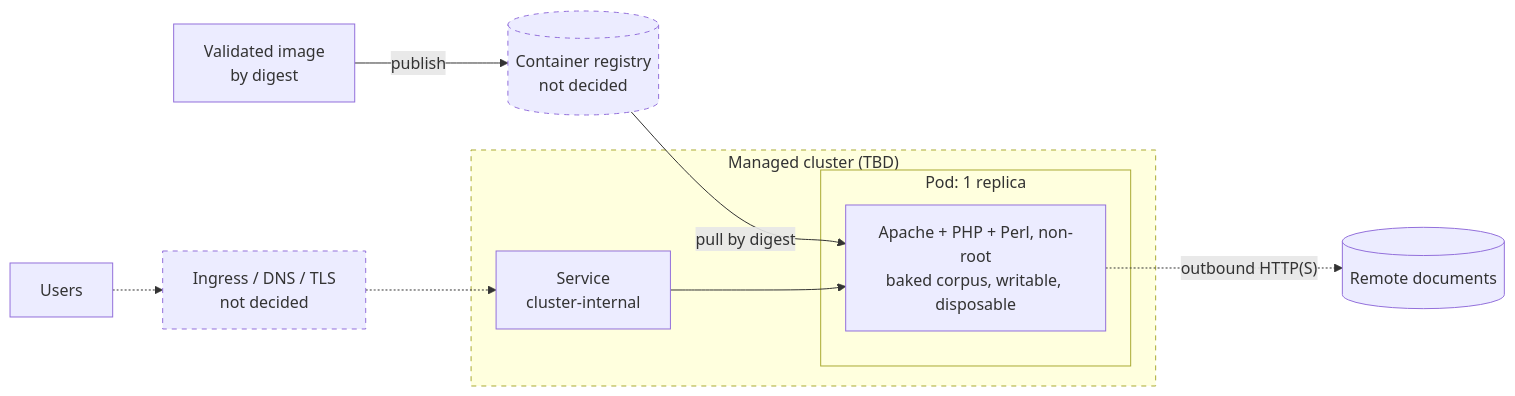
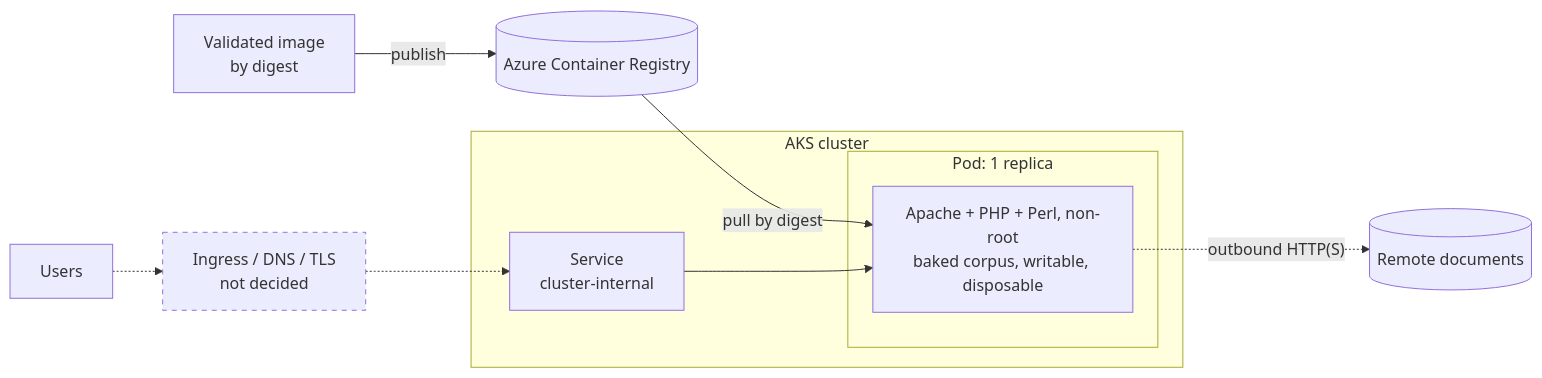
The first of 2 diagrams in infra/managed-kubernetes.md (monkeywidget/Cmacc-Org), drawn with Mermaid before and after one commit. The commit also changed other lines of this file and 2 other files, not shown here.

````diff
--- a/infra/managed-kubernetes.md
+++ b/infra/managed-kubernetes.md
@@ -12,23 +13,23 @@
 ```mermaid
 flowchart LR
   build["Validated image<br/>by digest"]
-  reg[("Container registry<br/>not decided")]
+  reg[("Azure Container Registry")]
   users["Users"]
   entry["Ingress / DNS / TLS<br/>not decided"]
   remote[("Remote documents")]
 
-  subgraph cluster["Managed cluster (TBD)"]
+  subgraph cluster["AKS cluster"]
     svc["Service<br/>cluster-internal"]
     subgraph pod["Pod: 1 replica"]
       app["Apache + PHP + Perl, non-root<br/>baked corpus, writable, disposable"]
     end
   end
 
   build -->|"publish"| reg
   reg -->|"pull by digest"| app
   users -.-> entry -.-> svc --> app
   app -.->|"outbound HTTP(S)"| remote
 
   classDef open stroke-dasharray: 5 5
-  class reg,entry,cluster open
+  class entry open
 ```
````
